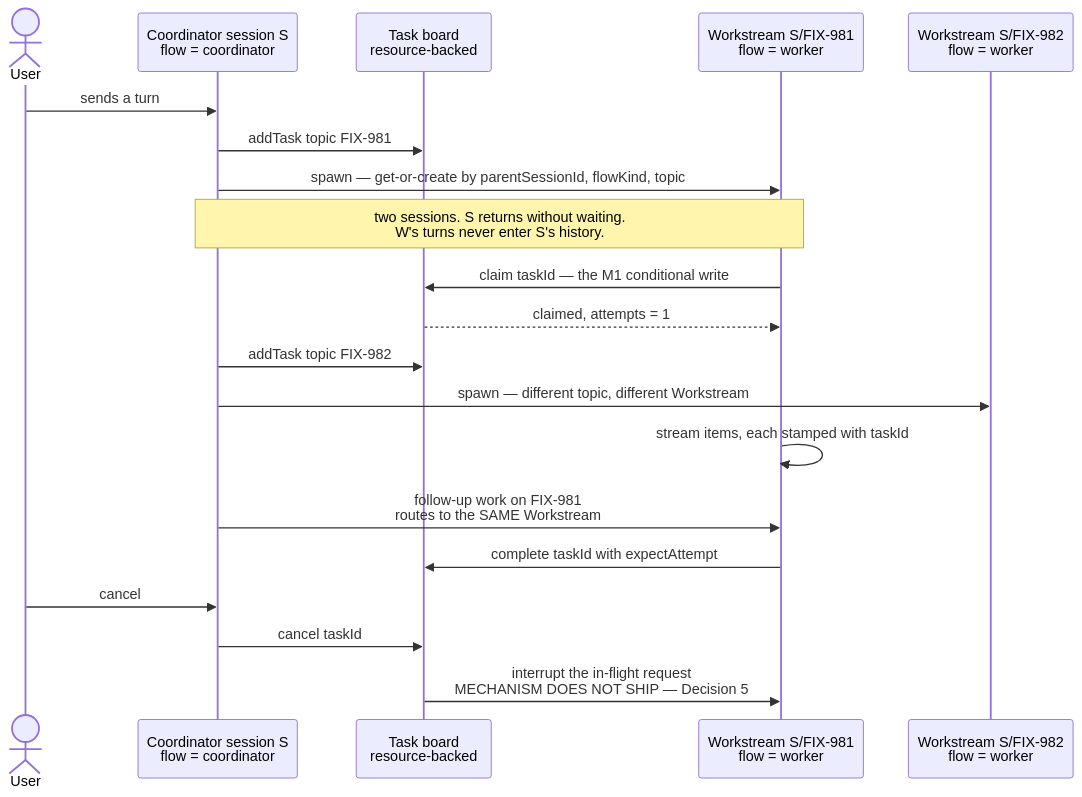
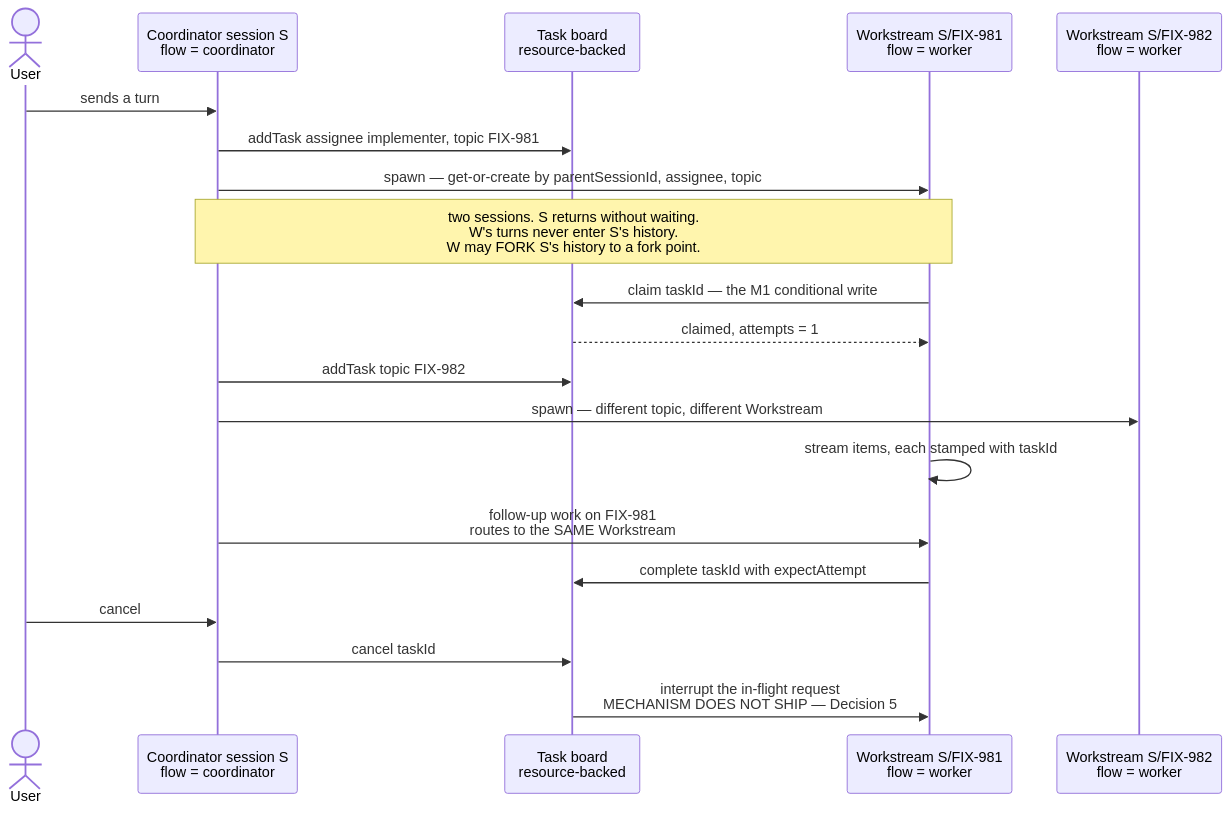
Before and after one commit to fixpoint-labs/flow-state-dev: the first of 2 diagrams in docs/specs/_epics/durable-jobs.md, drawn with Mermaid. The commit also changed other lines of this file and 2 other files, not shown here.

First line of the commit message:
docs(epic): fold the Workstream batch -- disposition, topic, forking, no auto-close

````diff
--- a/docs/specs/_epics/durable-jobs.md
+++ b/docs/specs/_epics/durable-jobs.md
@@ -39,23 +39,23 @@
 ```mermaid
 sequenceDiagram
   actor U as User
   participant C as Coordinator session S<br/>flow = coordinator
   participant B as Task board<br/>resource-backed
   participant W as Workstream S/FIX-981<br/>flow = worker
   participant W2 as Workstream S/FIX-982<br/>flow = worker
 
   U->>C: sends a turn
-  C->>B: addTask topic FIX-981
-  C->>W: spawn — get-or-create by parentSessionId, flowKind, topic
-  Note over C,W: two sessions. S returns without waiting.<br/>W's turns never enter S's history.
+  C->>B: addTask assignee implementer, topic FIX-981
+  C->>W: spawn — get-or-create by parentSessionId, assignee, topic
+  Note over C,W: two sessions. S returns without waiting.<br/>W's turns never enter S's history.<br/>W may FORK S's history to a fork point.
   W->>B: claim taskId — the M1 conditional write
   B-->>W: claimed, attempts = 1
   C->>B: addTask topic FIX-982
   C->>W2: spawn — different topic, different Workstream
   W->>W: stream items, each stamped with taskId
   C->>W: follow-up work on FIX-981<br/>routes to the SAME Workstream
   W->>B: complete taskId with expectAttempt
   U->>C: cancel
   C->>B: cancel taskId
   B->>W: interrupt the in-flight request<br/>MECHANISM DOES NOT SHIP — Decision 5
 ```
````
